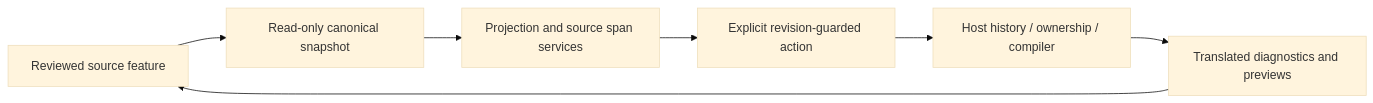
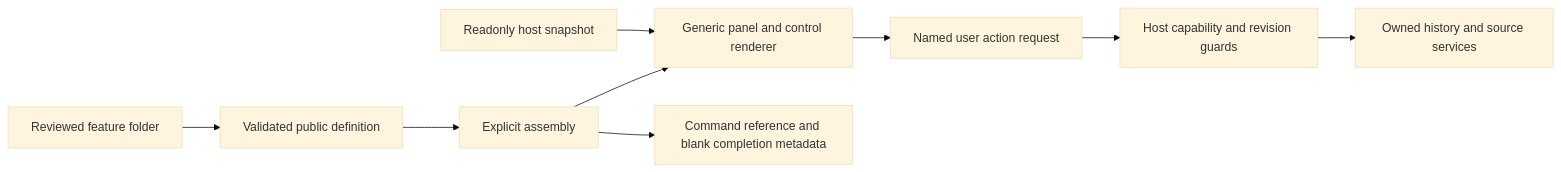
The first of 3 diagrams in docs/extensions/FEATURE_MODULES.md (Monykus7/FourPataka), drawn with Mermaid (base theme) before and after one commit. The commit also changed other lines of this file and 8 other files, not shown here.

Commit message:
docs(features): publish host service and schema5 contributor tutorial with diagrams

````diff
--- a/docs/extensions/FEATURE_MODULES.md
+++ b/docs/extensions/FEATURE_MODULES.md
@@ -15,9 +35,11 @@
 ```mermaid
 flowchart LR
-  Feature[Reviewed source feature] --> Read[Read-only canonical snapshot]
-  Read --> Span[Projection and source span services]
-  Span --> Action[Explicit revision-guarded action]
-  Action --> Host[Host history / ownership / compiler]
-  Host --> Update[Translated diagnostics and previews]
-  Update --> Feature
+    Folder[Reviewed feature folder] --> Definition[Validated public definition]
+    Definition --> Registry[Explicit assembly]
+    Registry --> Panels[Generic panel and control renderer]
+    Registry --> Cards[Command reference and blank completion metadata]
+    Host[Readonly host snapshot] --> Panels
+    Panels --> Request[Named user action request]
+    Request --> Guard[Host capability and revision guards]
+    Guard --> History[Owned history and source services]
 ```
````
